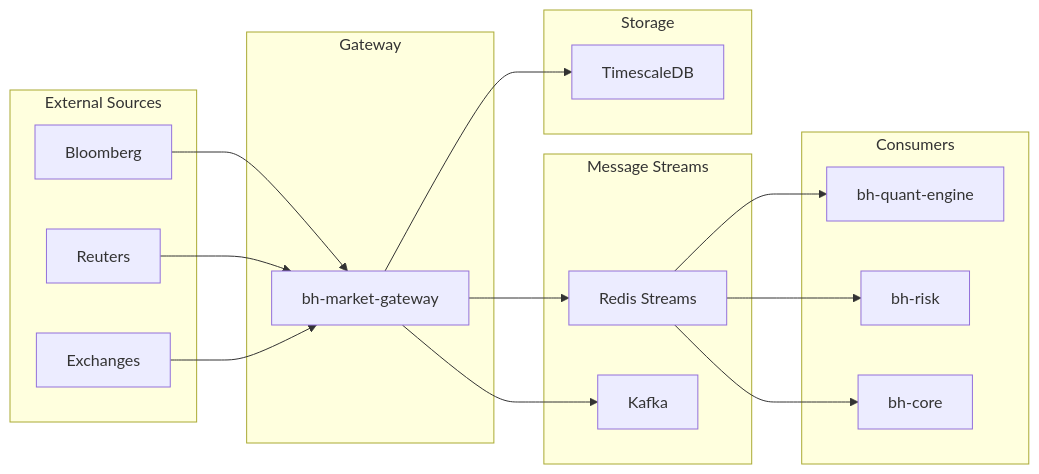
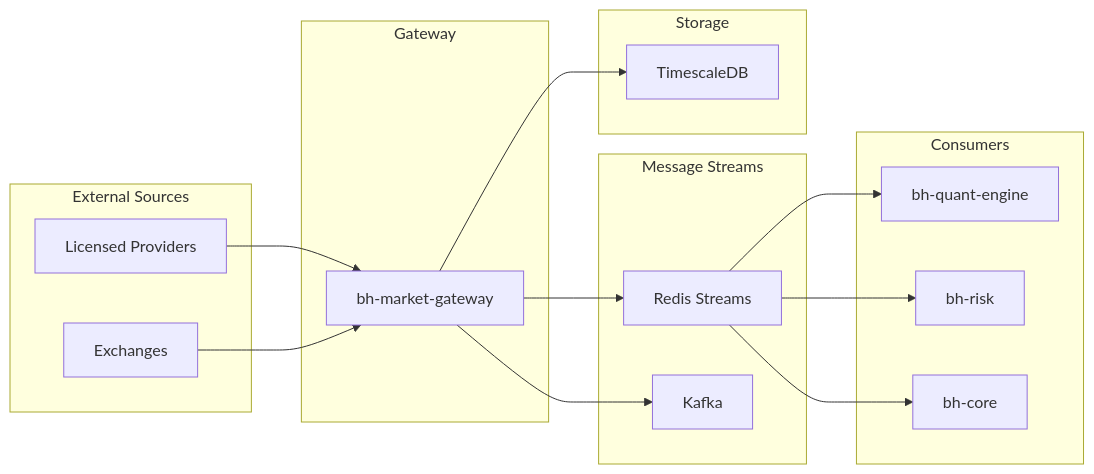
Before and after one commit to blackholefund/external_docs: the second of 7 diagrams in docs/architecture/overview.md, drawn with Mermaid. The commit also changed other lines of this file and 14 other files, not shown here.

Commit message:
Hide provider names and fix mermaid identifiers

````diff
--- a/docs/architecture/overview.md
+++ b/docs/architecture/overview.md
@@ -95,39 +95,37 @@
 ```mermaid
 flowchart LR
     subgraph Sources["External Sources"]
-        Bloomberg["Bloomberg"]
-        Reuters["Reuters"]
+        Premium["Licensed Providers"]
         Exchanges["Exchanges"]
     end
 
     subgraph Gateway["Gateway"]
         MG["bh-market-gateway"]
     end
 
     subgraph Stream["Message Streams"]
         Redis["Redis Streams"]
         Kafka["Kafka"]
     end
 
     subgraph Consumers["Consumers"]
         Quant["bh-quant-engine"]
         Risk["bh-risk"]
         Core["bh-core"]
     end
 
     subgraph Storage["Storage"]
         TS["TimescaleDB"]
     end
 
-    Bloomberg --> MG
-    Reuters --> MG
+    Premium --> MG
     Exchanges --> MG
 
     MG --> Redis
     MG --> Kafka
     MG --> TS
 
     Redis --> Quant
     Redis --> Risk
     Redis --> Core
 ```
````
